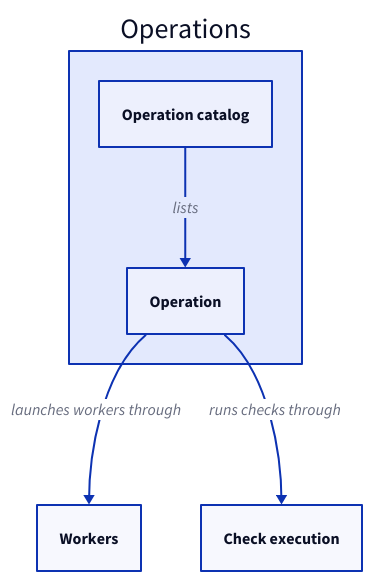
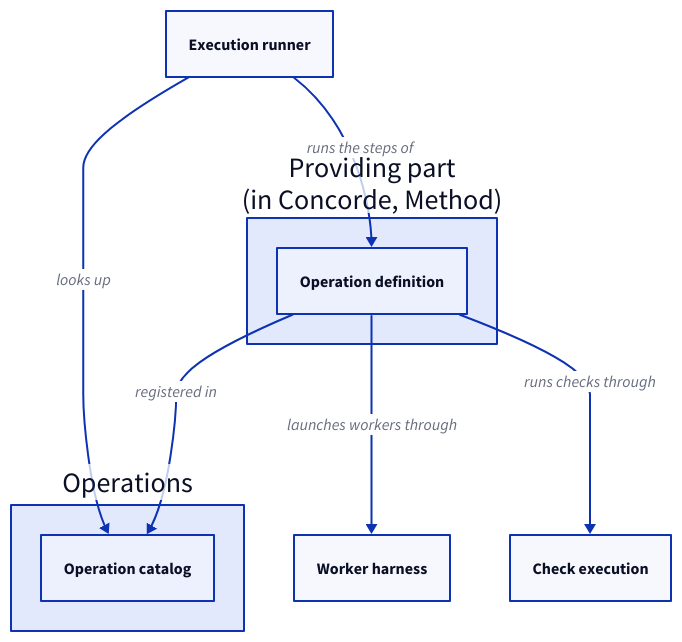
One commit to FTOD/concorde changed the diagram in specs/concorde/execution/operations/module.md. Above: the diagram before and after it, drawn with D2. The commit also changed other lines of this file and 109 other files, not shown here.

````diff
--- a/specs/concorde/execution/operations/module.md
+++ b/specs/concorde/execution/operations/module.md
@@ -149,11 +66,16 @@
-```d2
+```d2 illustrative
+provider: "Providing part\n(in Concorde, Method)" {
+  definition: Operation definition
+}
 operations: Operations {
   catalog: Operation catalog
-  operation: Operation
-  catalog -> operation: lists
 }
-workers: Workers
+runner: Execution runner
+harness: Worker harness
 checks: Check execution
-operations.operation -> workers: launches workers through
-operations.operation -> checks: runs checks through
+provider.definition -> operations.catalog: registered in
+runner -> operations.catalog: looks up
+runner -> provider.definition: runs the steps of
+provider.definition -> harness: "launches workers through"
+provider.definition -> checks: "runs checks through"
 ```
````
